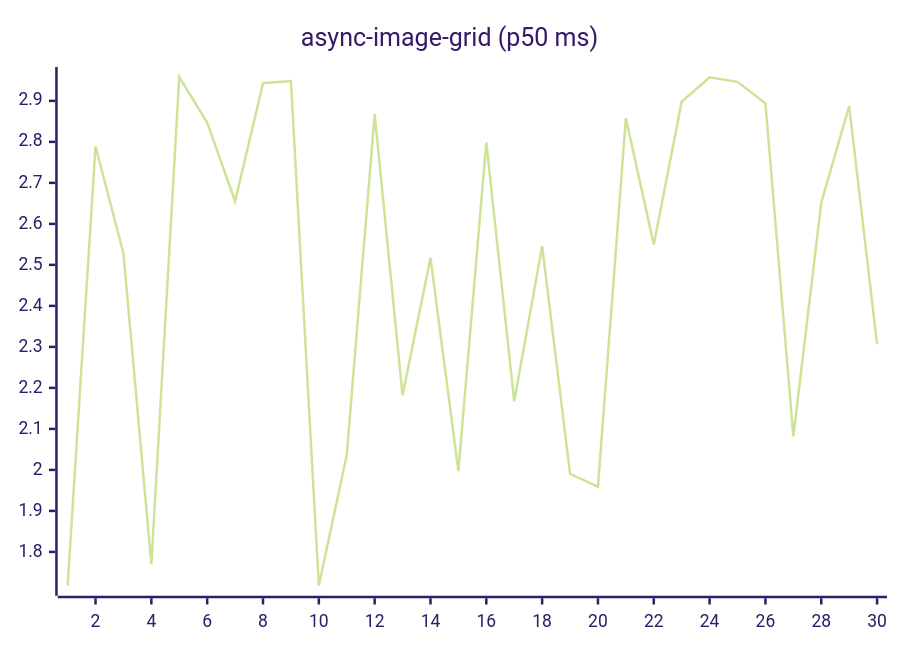
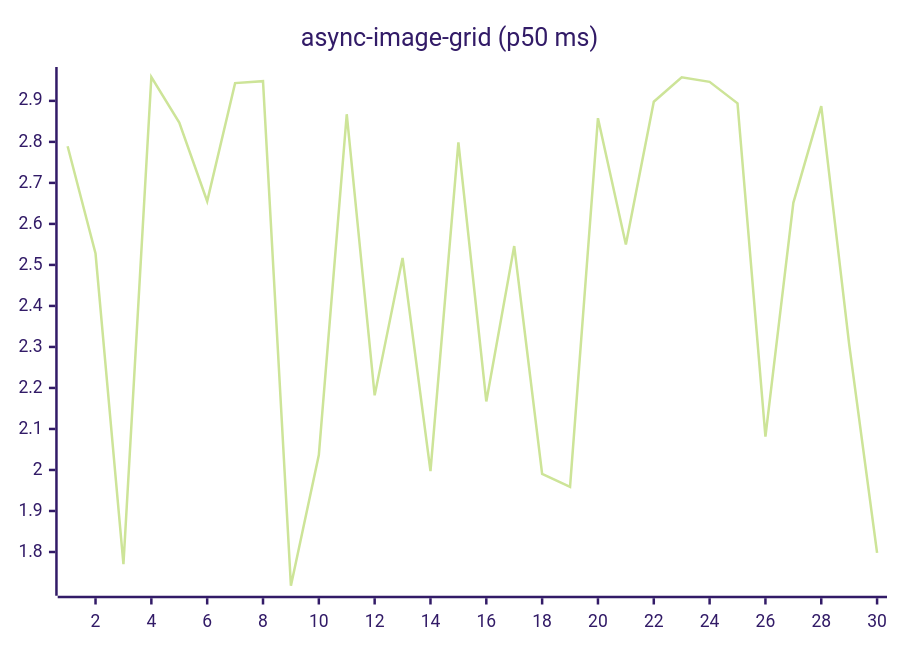
One commit to josha/Facet changed the fifth of 27 diagrams in README.md. Above: the diagram before and after it, drawn with Mermaid (forest theme). The commit also changed other lines of this file and 2 other files, not shown here.

````diff
--- a/README.md
+++ b/README.md
@@ -91,6 +91,6 @@
 ```mermaid
 xychart-beta
     title "async-image-grid (p50 ms)"
     x-axis 1 --> 30
-    line [1.7175, 2.7892, 2.5277, 1.7701, 2.9582, 2.8471, 2.6552, 2.9433, 2.9481, 1.7177, 2.0365, 2.8674, 2.1819, 2.5171, 1.9970, 2.7988, 2.1671, 2.5459, 1.9906, 1.9586, 2.8577, 2.5497, 2.8980, 2.9576, 2.9463, 2.8940, 2.0815, 2.6515, 2.8871, 2.3060]
+    line [2.7892, 2.5277, 1.7701, 2.9582, 2.8471, 2.6552, 2.9433, 2.9481, 1.7177, 2.0365, 2.8674, 2.1819, 2.5171, 1.9970, 2.7988, 2.1671, 2.5459, 1.9906, 1.9586, 2.8577, 2.5497, 2.8980, 2.9576, 2.9463, 2.8940, 2.0815, 2.6515, 2.8871, 2.3060, 1.7979]
 ```
````
